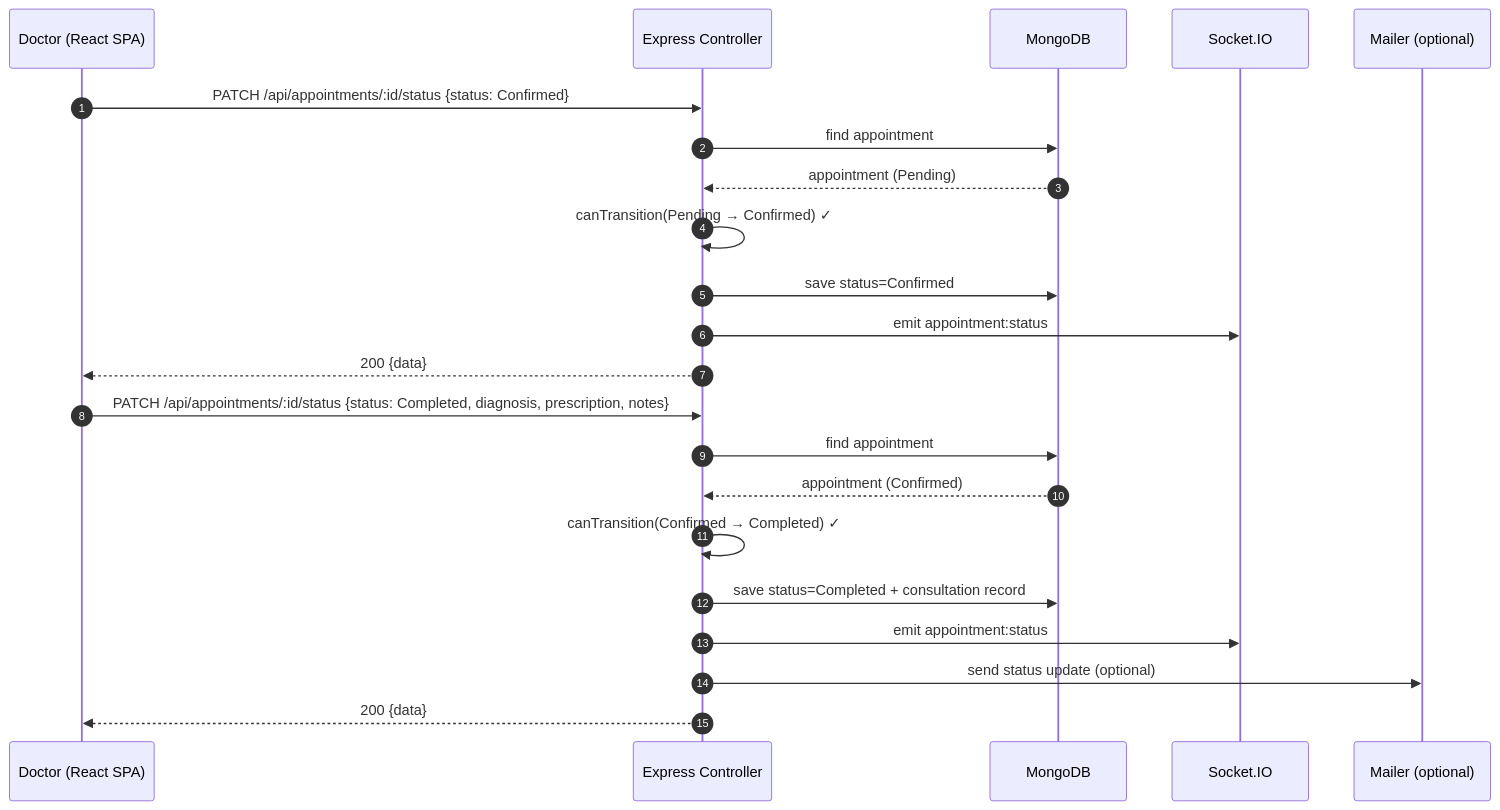
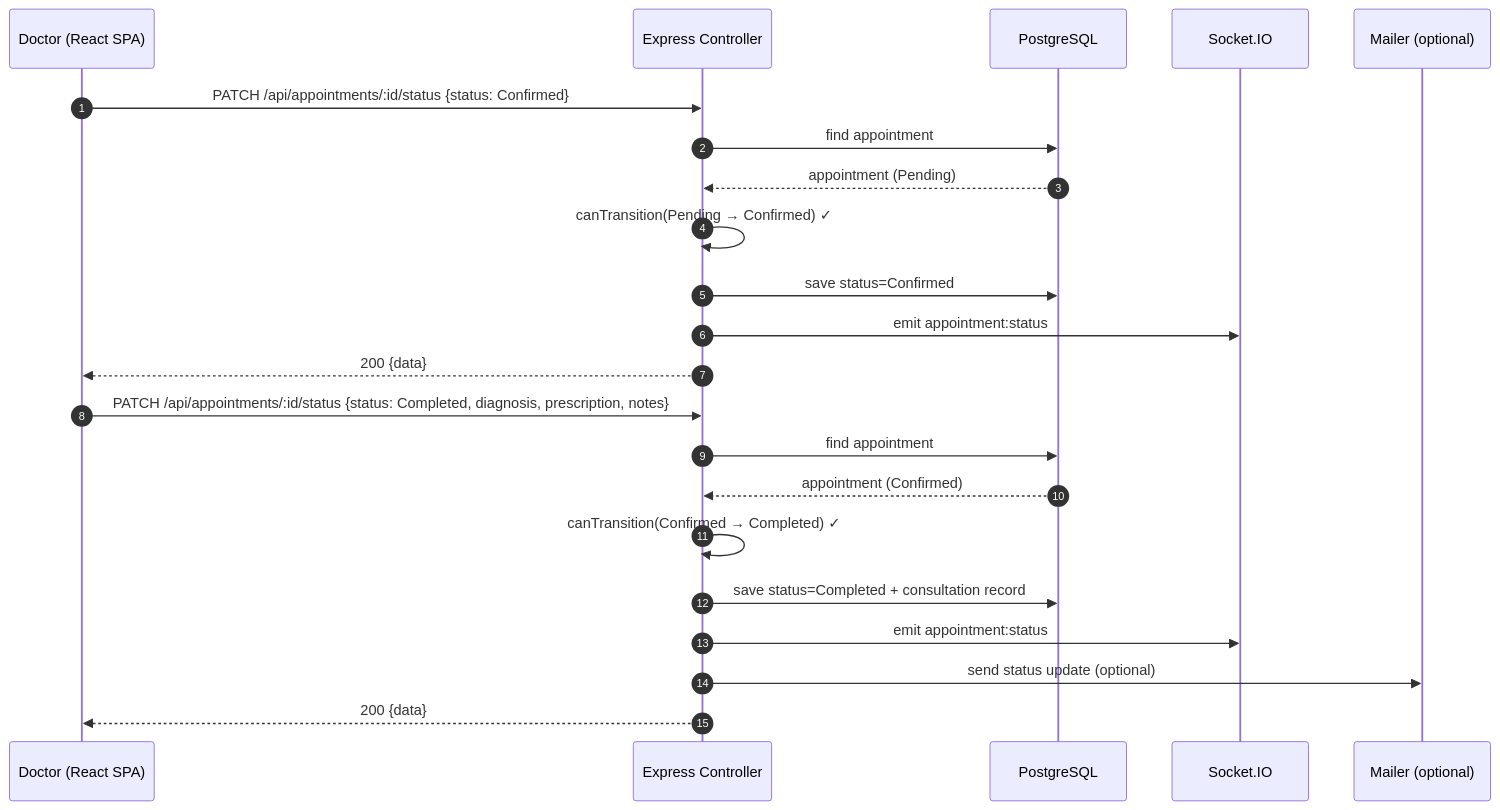
One commit to Mugetsu-1/Hospital-Booking-System changed the second of 4 diagrams in docs/sequence-diagrams.md. Above: the diagram before and after it, drawn with Mermaid. The commit also changed other lines of this file and 28 other files, not shown here.

First line of the commit message:
docs: add ACHS lab report, class diagram and UI screenshots

````diff
--- a/docs/sequence-diagrams.md
+++ b/docs/sequence-diagrams.md
@@ -35,26 +35,26 @@
 ```mermaid
 sequenceDiagram
   autonumber
   participant D as Doctor (React SPA)
   participant C as Express Controller
-  participant P as MongoDB
+  participant P as PostgreSQL
   participant S as Socket.IO
   participant M as Mailer (optional)
 
   D->>C: PATCH /api/appointments/:id/status {status: Confirmed}
   C->>P: find appointment
   P-->>C: appointment (Pending)
   C->>C: canTransition(Pending → Confirmed) ✓
   C->>P: save status=Confirmed
   C->>S: emit appointment:status
   C-->>D: 200 {data}
 
   D->>C: PATCH /api/appointments/:id/status {status: Completed, diagnosis, prescription, notes}
   C->>P: find appointment
   P-->>C: appointment (Confirmed)
   C->>C: canTransition(Confirmed → Completed) ✓
   C->>P: save status=Completed + consultation record
   C->>S: emit appointment:status
   C->>M: send status update (optional)
   C-->>D: 200 {data}
 ```
````
